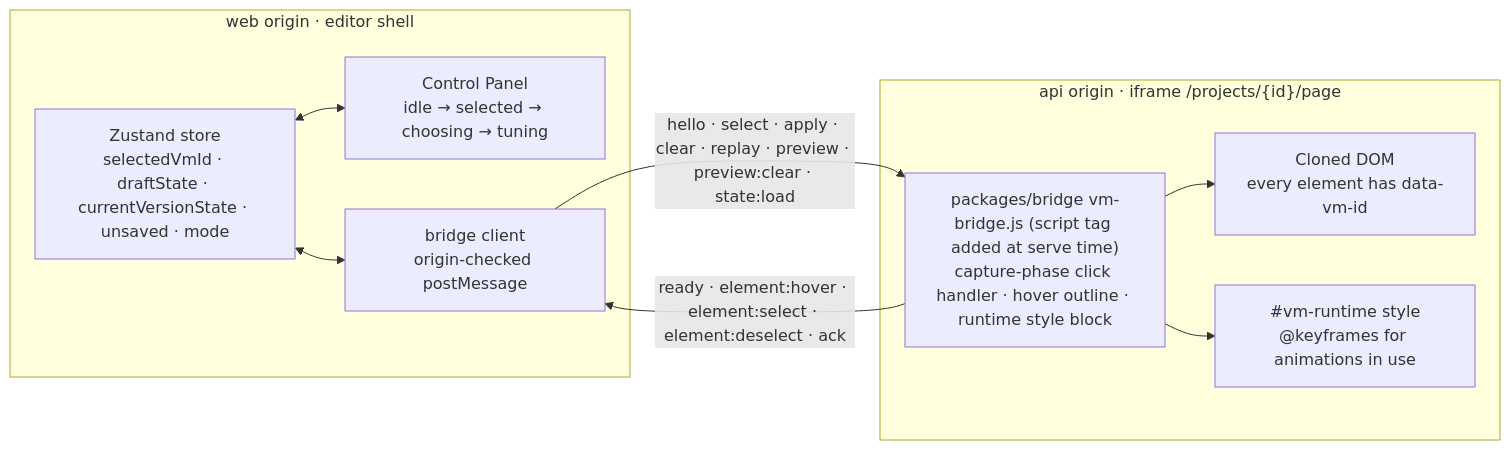
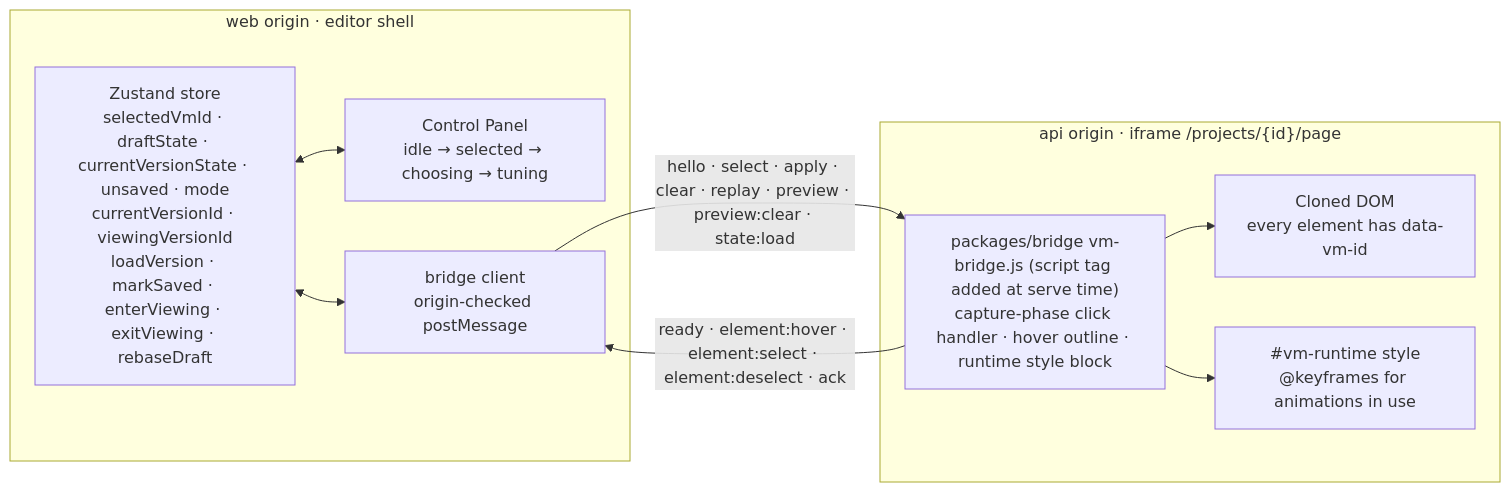
The seventh of 12 diagrams in docs/architecture.md (ludaxkris/vibe_motion), drawn with Mermaid before and after one commit. The commit also changed other lines of this file and 3 other files, not shown here.

First line of the commit message:
docs(phase-6): build plan, architecture, user flow and plan status reflect the shipped version history

````diff
--- a/docs/architecture.md
+++ b/docs/architecture.md
@@ -178,21 +178,21 @@
 ```mermaid
 flowchart LR
   subgraph shell["web origin · editor shell"]
-    store["Zustand store<br/>selectedVmId · draftState · currentVersionState · unsaved · mode"]
+    store["Zustand store<br/>selectedVmId · draftState · currentVersionState · unsaved · mode<br/>currentVersionId · viewingVersionId<br/>loadVersion · markSaved · enterViewing · exitViewing · rebaseDraft"]
     panel["Control Panel<br/>idle → selected → choosing → tuning"]
     bridgeClient["bridge client<br/>origin-checked postMessage"]
     store <--> panel
     store <--> bridgeClient
   end
 
   subgraph frame["api origin · iframe /projects/{id}/page"]
     bridgeScript["packages/bridge vm-bridge.js (script tag added at serve time)<br/>capture-phase click handler · hover outline · runtime style block"]
     dom["Cloned DOM<br/>every element has data-vm-id"]
     runtime["#vm-runtime style<br/>@keyframes for animations in use"]
     bridgeScript --> dom
     bridgeScript --> runtime
   end
 
   bridgeClient -- "hello · select · apply · clear · replay · preview · preview:clear · state:load" --> bridgeScript
   bridgeScript -- "ready · element:hover · element:select · element:deselect · ack" --> bridgeClient
 ```
````
